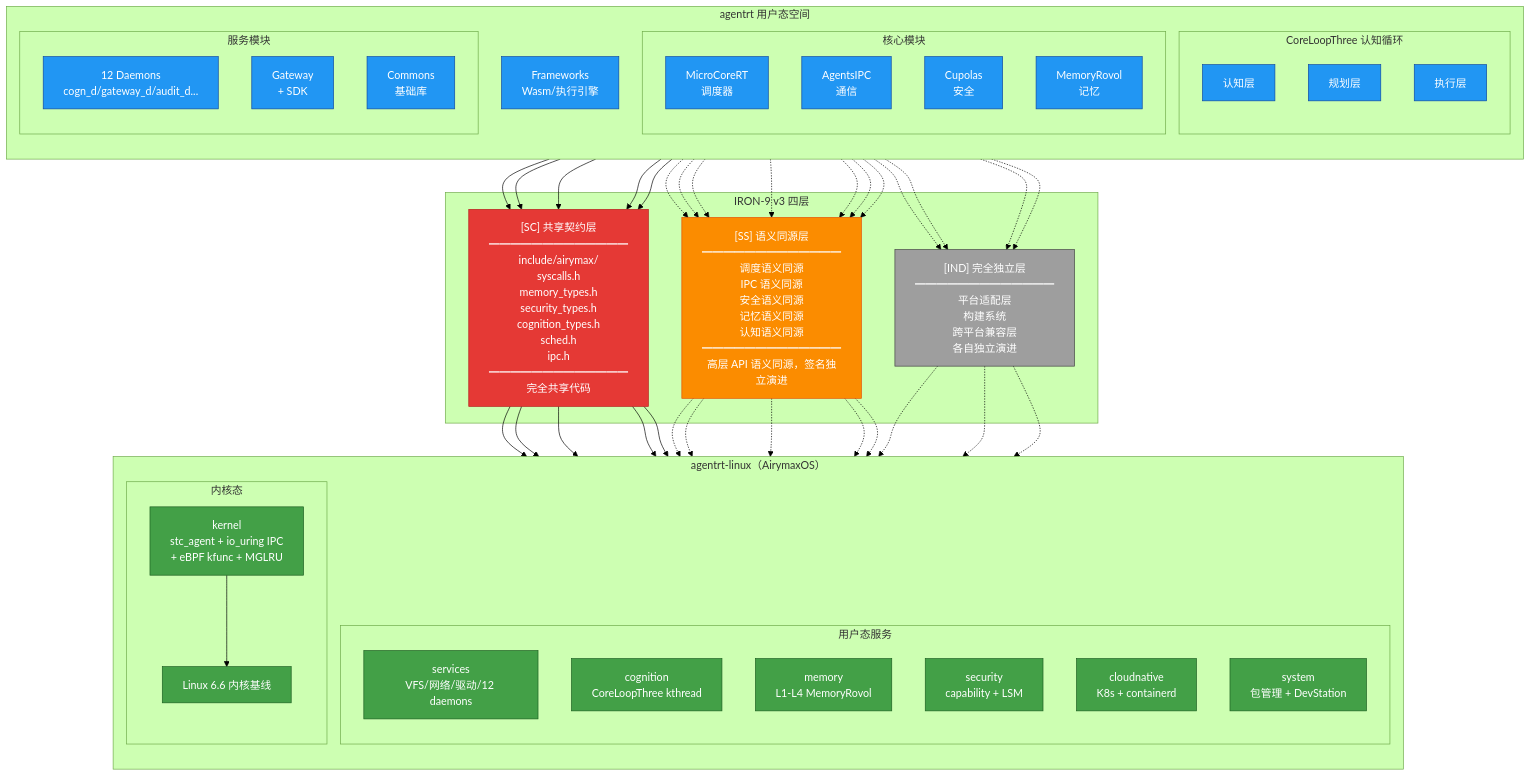
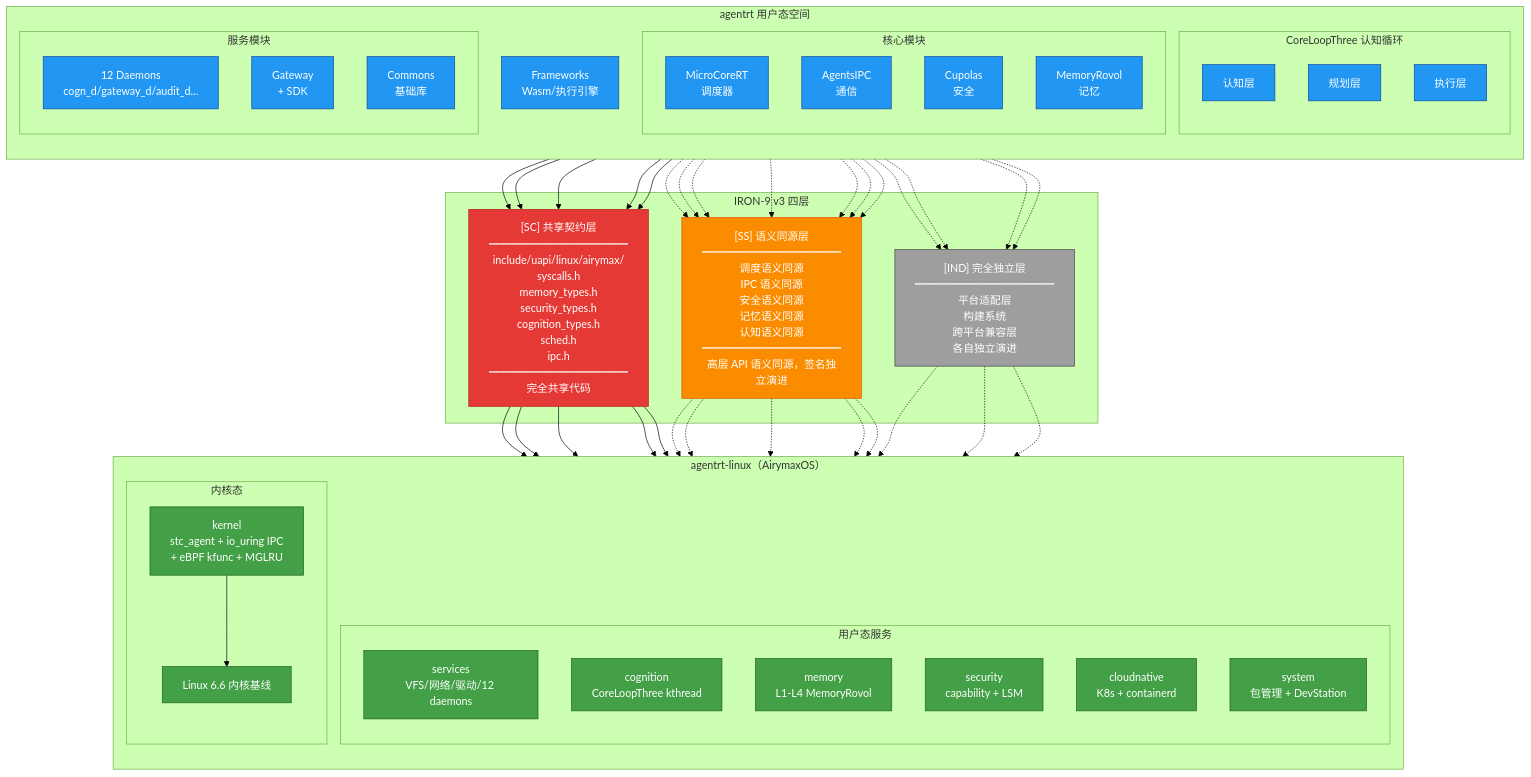
One commit to openairymax/docs changed the first of 4 diagrams in AirymaxOS/50-engineering-standards/40-integration/integration.md. Above: the diagram before and after it, drawn with Mermaid (forest theme). The commit also changed other lines of this file and 125 other files, not shown here.

```diff
--- a/AirymaxOS/50-engineering-standards/40-integration/integration.md
+++ b/AirymaxOS/50-engineering-standards/40-integration/integration.md
@@ -53,7 +53,7 @@
     end
 
     subgraph "IRON-9 v3 四层"
-        SC["[SC] 共享契约层<br/>━━━━━━━━━━━━━<br/>include/airymax/<br/>syscalls.h<br/>memory_types.h<br/>security_types.h<br/>cognition_types.h<br/>sched.h<br/>ipc.h<br/>━━━━━━━━━━━━━<br/>完全共享代码"]
+        SC["[SC] 共享契约层<br/>━━━━━━━━━━━━━<br/>include/uapi/linux/airymax/<br/>syscalls.h<br/>memory_types.h<br/>security_types.h<br/>cognition_types.h<br/>sched.h<br/>ipc.h<br/>━━━━━━━━━━━━━<br/>完全共享代码"]
         SS["[SS] 语义同源层<br/>━━━━━━━━━━━━━<br/>调度语义同源<br/>IPC 语义同源<br/>安全语义同源<br/>记忆语义同源<br/>认知语义同源<br/>━━━━━━━━━━━━━<br/>高层 API 语义同源，签名独立演进"]
         IND["[IND] 完全独立层<br/>━━━━━━━━━━━━━<br/>平台适配层<br/>构建系统<br/>跨平台兼容层<br/>各自独立演进"]
     end
```
